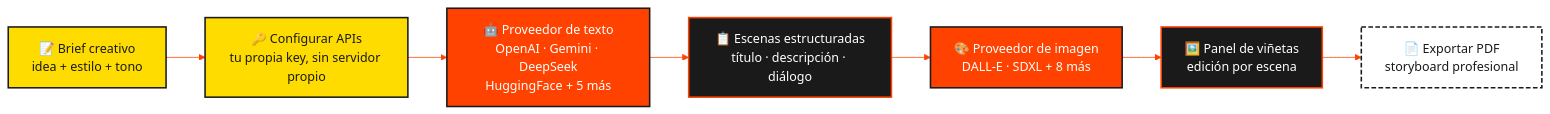
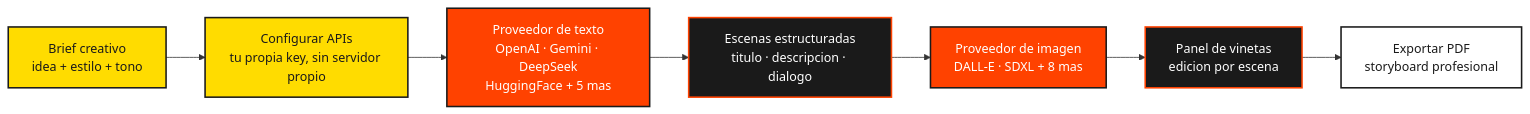
The diagram in README.md (freeanimationpower/FAP_AI_STORYBOARD_WEB), drawn with Mermaid before and after one commit.

Commit message:
Fix mermaid syntax for GitHub renderer

````diff
--- a/README.md
+++ b/README.md
@@ -42,18 +42,17 @@
 ```mermaid
 flowchart LR
-%%{init: {'theme': 'base', 'themeVariables': {'primaryColor': '#ffdc00', 'primaryBorderColor': '#1a1a1a', 'primaryTextColor': '#1a1a1a', 'lineColor': '#ff4200', 'fontFamily': 'Segoe UI'}}}%%
     classDef ui fill:#ffdc00,stroke:#1a1a1a,color:#1a1a1a,stroke-width:2px;
     classDef engine fill:#ff4200,stroke:#1a1a1a,color:#ffffff,stroke-width:2px;
     classDef data fill:#1a1a1a,stroke:#ff4200,color:#ffffff,stroke-width:2px;
-    classDef ext fill:#ffffff,stroke:#1a1a1a,color:#1a1a1a,stroke-width:2px,stroke-dasharray:6 3;
-        USER["📝 Brief creativo<br/>idea + estilo + tono"] --> CFG["🔑 Configurar APIs<br/>tu propia key, sin servidor propio"]
-        CFG --> TXT["🤖 Proveedor de texto<br/>OpenAI · Gemini · DeepSeek<br/>HuggingFace + 5 más"]
-        TXT --> ESC["📋 Escenas estructuradas<br/>título · descripción · diálogo"]
-        ESC --> IMG["🎨 Proveedor de imagen<br/>DALL-E · SDXL + 8 más"]
-        IMG --> PAN["🖼️ Panel de viñetas<br/>edición por escena"]
-        PAN --> PDF["📄 Exportar PDF<br/>storyboard profesional"]
+    classDef ext fill:#ffffff,stroke:#1a1a1a,color:#1a1a1a,stroke-width:2px;
+        USER["Brief creativo<br/>idea + estilo + tono"] --> CFG["Configurar APIs<br/>tu propia key, sin servidor propio"]
+        CFG --> TXT["Proveedor de texto<br/>OpenAI · Gemini · DeepSeek<br/>HuggingFace + 5 mas"]
+        TXT --> ESC["Escenas estructuradas<br/>titulo · descripcion · dialogo"]
+        ESC --> IMG["Proveedor de imagen<br/>DALL-E · SDXL + 8 mas"]
+        IMG --> PAN["Panel de vinetas<br/>edicion por escena"]
+        PAN --> PDF["Exportar PDF<br/>storyboard profesional"]
         class USER,CFG ui
         class TXT,IMG engine
         class ESC,PAN data
         class PDF ext
 ```
````
